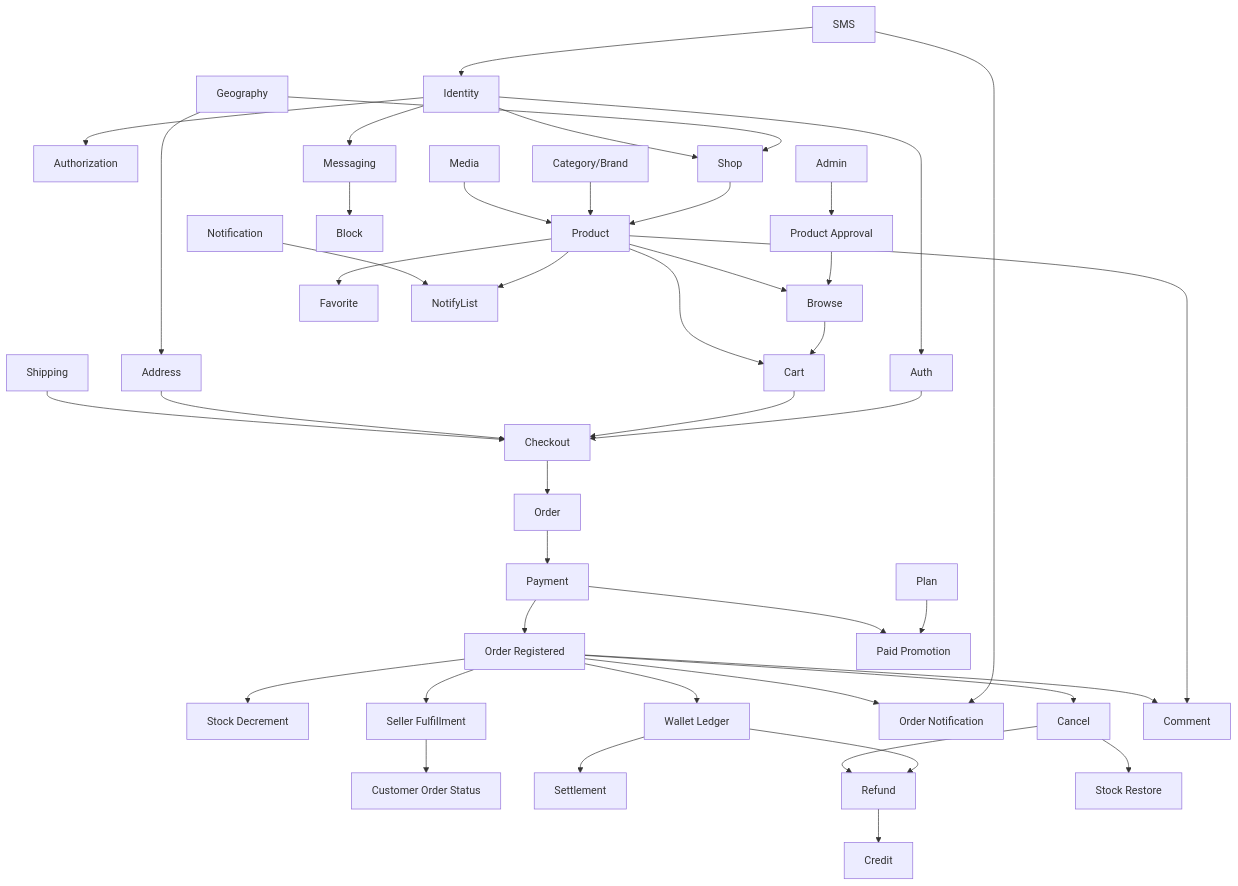
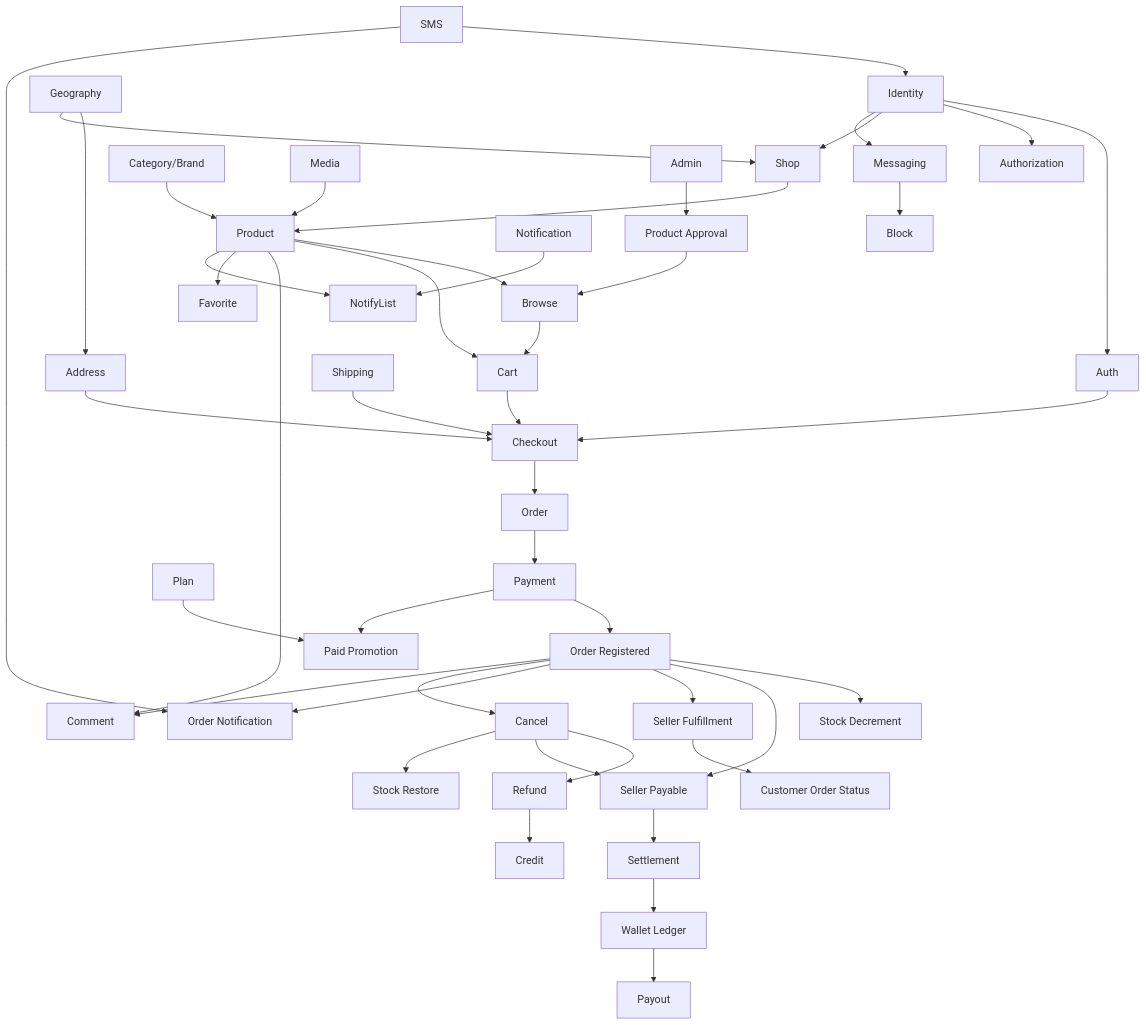
One commit to mohamadpersboy/Shanilo_refactor changed the diagram in docs/scope/feature-dependencies.md. Above: the diagram before and after it, drawn with Mermaid. The commit also changed other lines of this file and 12 other files, not shown here.

````diff
--- a/docs/scope/feature-dependencies.md
+++ b/docs/scope/feature-dependencies.md
@@ -5,45 +5,47 @@
 ```mermaid
 graph TD
   Identity --> Auth
   Identity --> Authorization
   SMS --> Identity
   Auth --> Cart_Checkout[Checkout]
   Geography --> Address
   Geography --> Shop
   Identity --> Shop
   Shop --> Product
   Catalog[Category/Brand] --> Product
   Media --> Product
   Admin --> Product_Approval[Product Approval]
   Product_Approval --> Browse
   Product --> Browse
   Browse --> Cart
   Product --> Cart
   Cart --> Cart_Checkout
   Address --> Cart_Checkout
   Shipping --> Cart_Checkout
   Cart_Checkout --> Order
   Order --> Payment
   Payment --> Order_Registered[Order Registered]
   Order_Registered --> StockDecrement[Stock Decrement]
-  Order_Registered --> WalletLedger[Wallet Ledger]
+  Order_Registered --> SellerPayable[Seller Payable]
   Order_Registered --> SellerFulfillment[Seller Fulfillment]
   SellerFulfillment --> CustomerStatus[Customer Order Status]
   SMS --> OrderNotification[Order Notification]
   Order_Registered --> OrderNotification
-  WalletLedger --> Settlement
-  WalletLedger --> Refund
+  SellerPayable --> Settlement
+  Settlement --> WalletLedger[Wallet Ledger]
+  WalletLedger --> Payout
   Order_Registered --> Cancel
   Cancel --> Refund
+  Cancel --> SellerPayable
   Cancel --> StockRestore[Stock Restore]
   Refund --> Credit
   Product --> Comment
   Order_Registered --> Comment
   Identity --> Messaging
   Messaging --> Block
   Product --> Favorite
   Product --> NotifyList
   Notification --> NotifyList
   Plan --> PaidPromotion[Paid Promotion]
   Payment --> PaidPromotion
 ```
````
